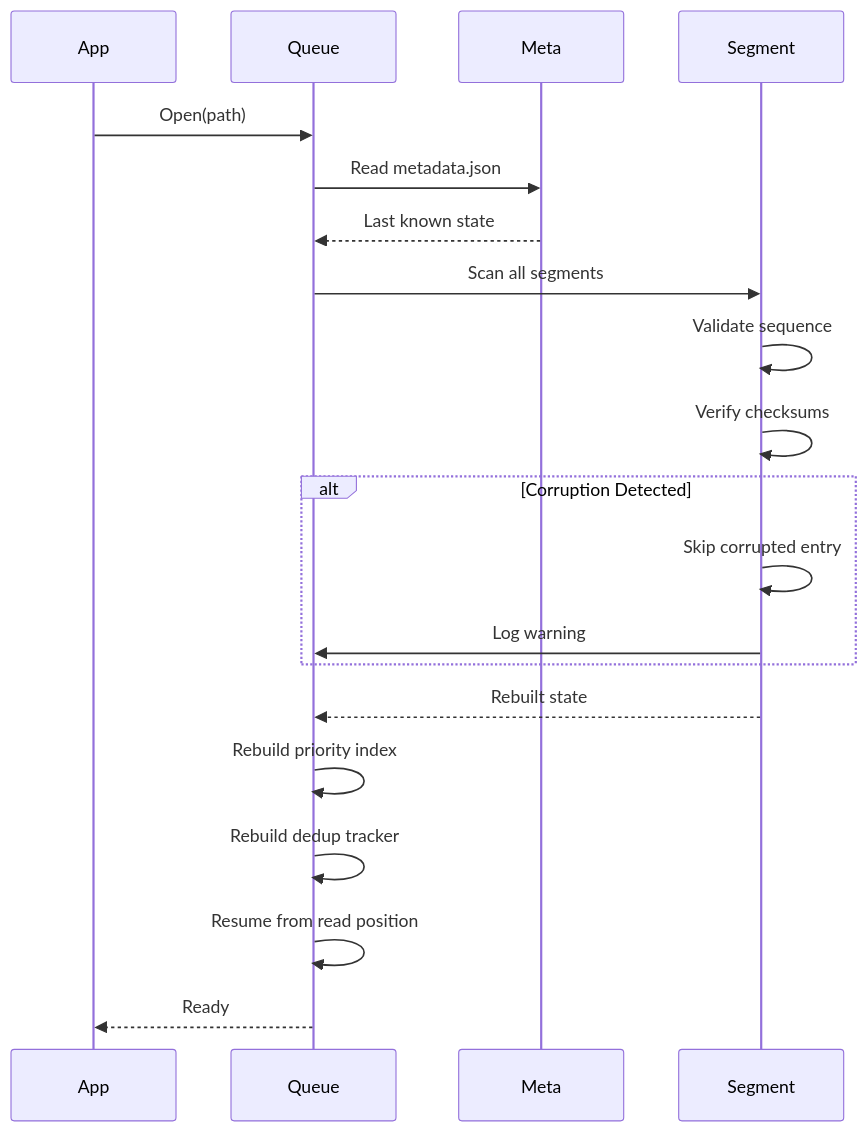
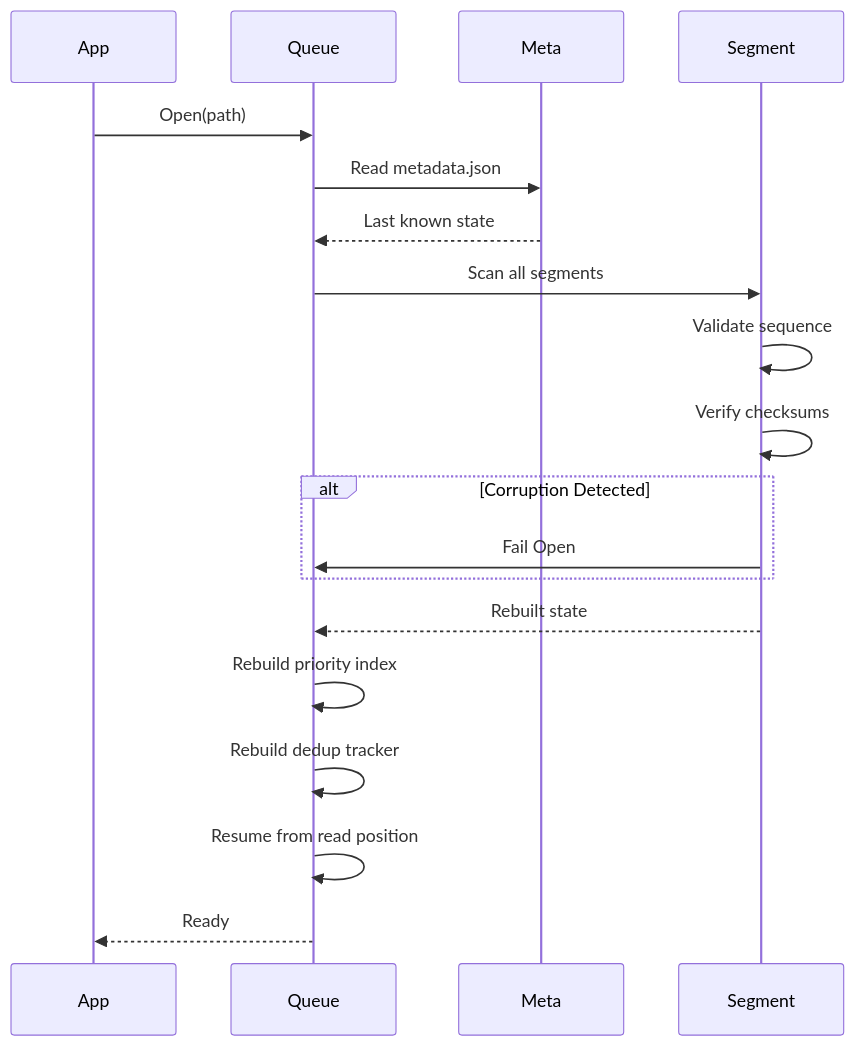
The ninth of 9 diagrams in docs/TECHNICAL_BLOG.md (1mb-dev/ledgerq), drawn with Mermaid before and after one commit. The commit also changed other lines of this file and 3 other files, not shown here.

````diff
--- a/docs/TECHNICAL_BLOG.md
+++ b/docs/TECHNICAL_BLOG.md
@@ -401,23 +400,22 @@
 ```mermaid
 sequenceDiagram
     participant App
     participant Queue
     participant Meta
     participant Segment
 
     App->>Queue: Open(path)
     Queue->>Meta: Read metadata.json
     Meta-->>Queue: Last known state
     Queue->>Segment: Scan all segments
     Segment->>Segment: Validate sequence
     Segment->>Segment: Verify checksums
     alt Corruption Detected
-        Segment->>Segment: Skip corrupted entry
-        Segment->>Queue: Log warning
+        Segment->>Queue: Fail Open
     end
     Segment-->>Queue: Rebuilt state
     Queue->>Queue: Rebuild priority index
     Queue->>Queue: Rebuild dedup tracker
     Queue->>Queue: Resume from read position
     Queue-->>App: Ready
 ```
````
